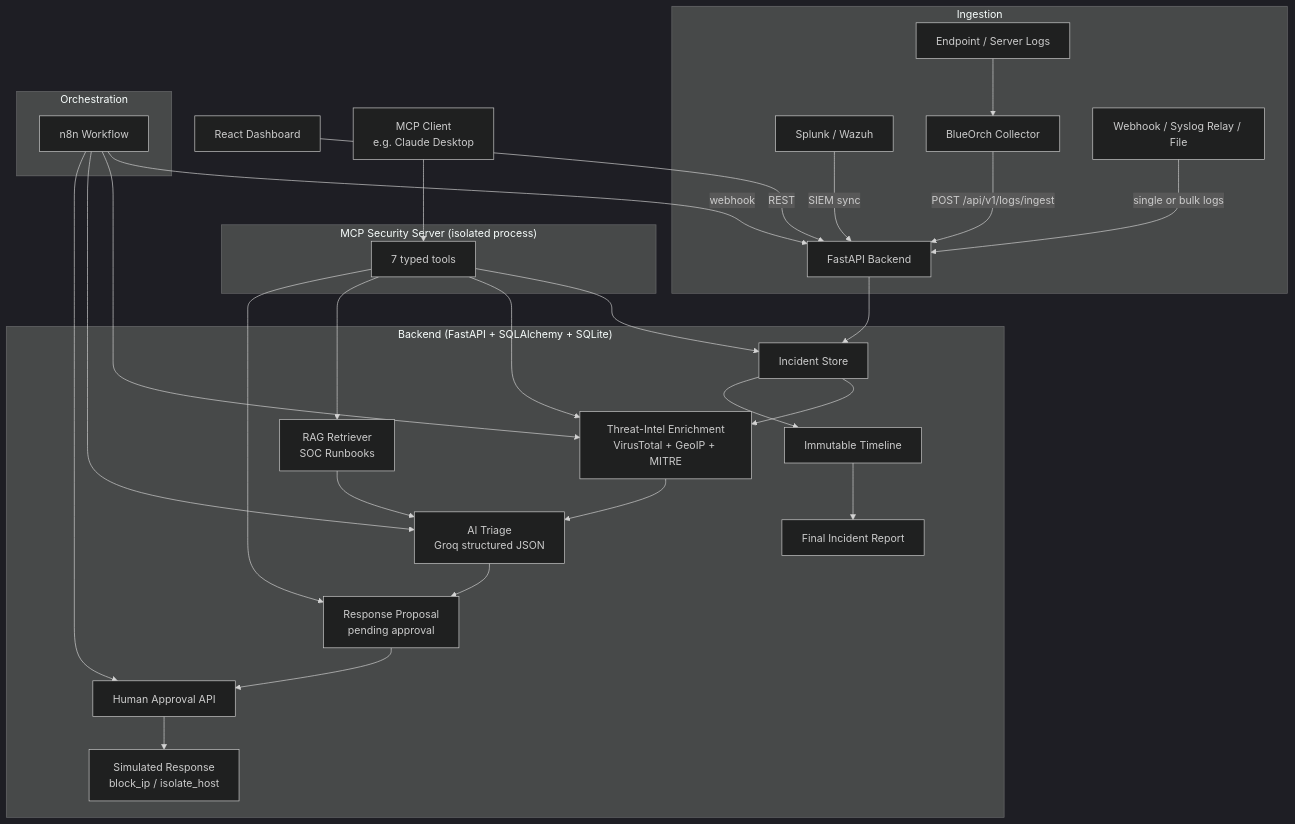
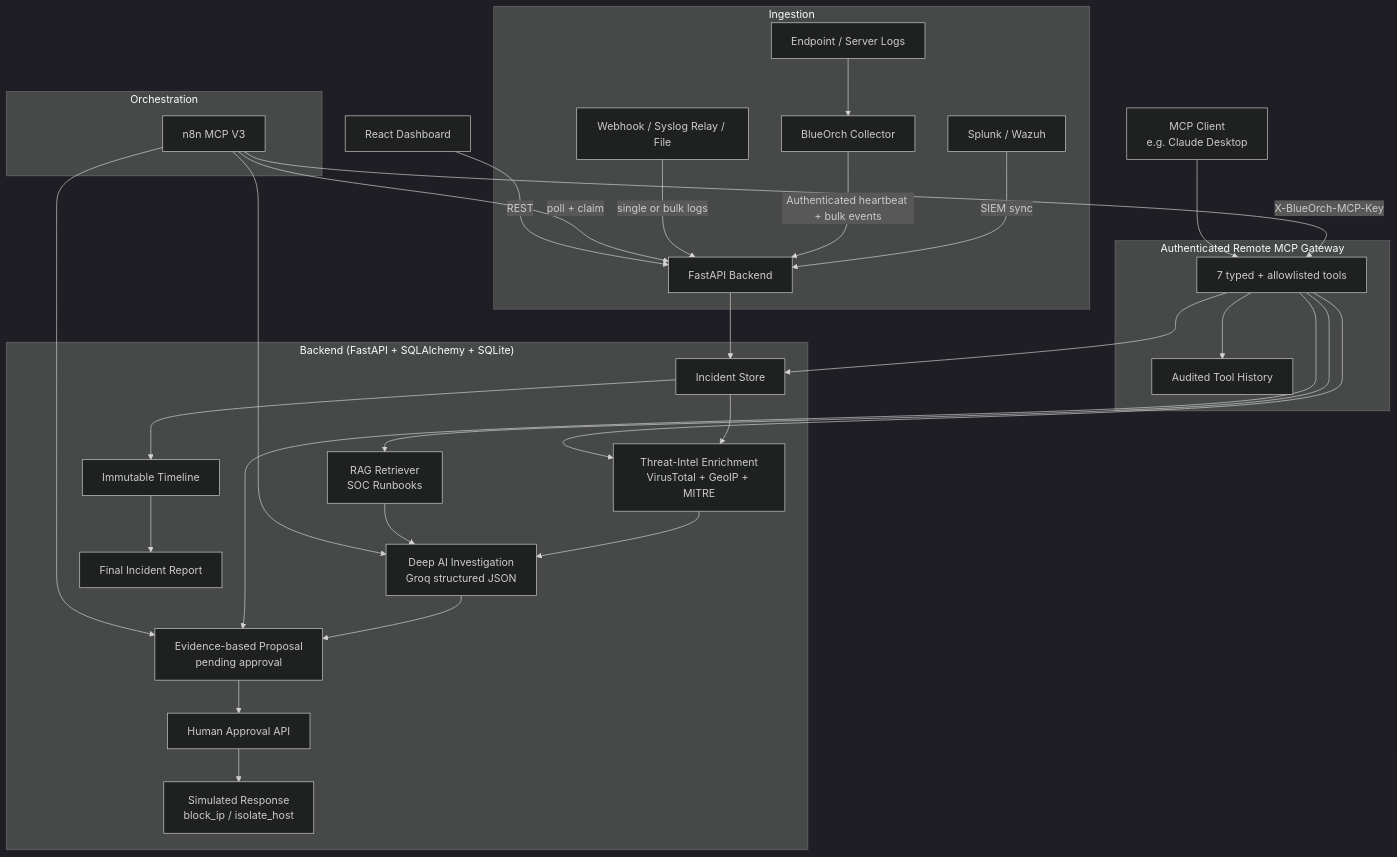
Before and after one commit to vasanth-void-0x/AegisFlow-SOC-Automation: the diagram in README.md, drawn with Mermaid (dark theme). The commit also changed other lines of this file and 5 other files, not shown here.

````diff
--- a/README.md
+++ b/README.md
@@ -50,38 +54,39 @@
 ```mermaid
 flowchart TB
     subgraph Ingestion
         A[Splunk / Wazuh] -->|SIEM sync| B[FastAPI Backend]
         O[Endpoint / Server Logs] --> P[BlueOrch Collector]
-        P -->|POST /api/v1/logs/ingest| B
+        P -->|Authenticated heartbeat + bulk events| B
         Q[Webhook / Syslog Relay / File] -->|single or bulk logs| B
     end
 
     subgraph Backend["Backend (FastAPI + SQLAlchemy + SQLite)"]
         B --> C[Incident Store]
         C --> D[Threat-Intel Enrichment<br/>VirusTotal + GeoIP + MITRE]
-        D --> E[AI Triage<br/>Groq structured JSON]
+        D --> E[Deep AI Investigation<br/>Groq structured JSON]
         F[RAG Retriever<br/>SOC Runbooks] --> E
-        E --> G[Response Proposal<br/>pending approval]
+        E --> G[Evidence-based Proposal<br/>pending approval]
         G --> H[Human Approval API]
         H --> I[Simulated Response<br/>block_ip / isolate_host]
         C --> J[Immutable Timeline]
         J --> R[Final Incident Report]
     end
 
-    subgraph MCP["MCP Security Server (isolated process)"]
-        K[7 typed tools] --> C
+    subgraph MCP["Authenticated Remote MCP Gateway"]
+        K[7 typed + allowlisted tools] --> C
         K --> D
         K --> F
         K --> G
+        K --> S[Audited Tool History]
     end
 
     subgraph Orchestration
-        L[n8n Workflow] -->|webhook| B
-        L --> D
+        L[n8n MCP V3] -->|poll + claim| B
+        L -->|X-BlueOrch-MCP-Key| K
         L --> E
-        L --> H
+        L --> G
     end
 
     M[React Dashboard] -->|REST| B
     N[MCP Client<br/>e.g. Claude Desktop] --> K
 ```
````
